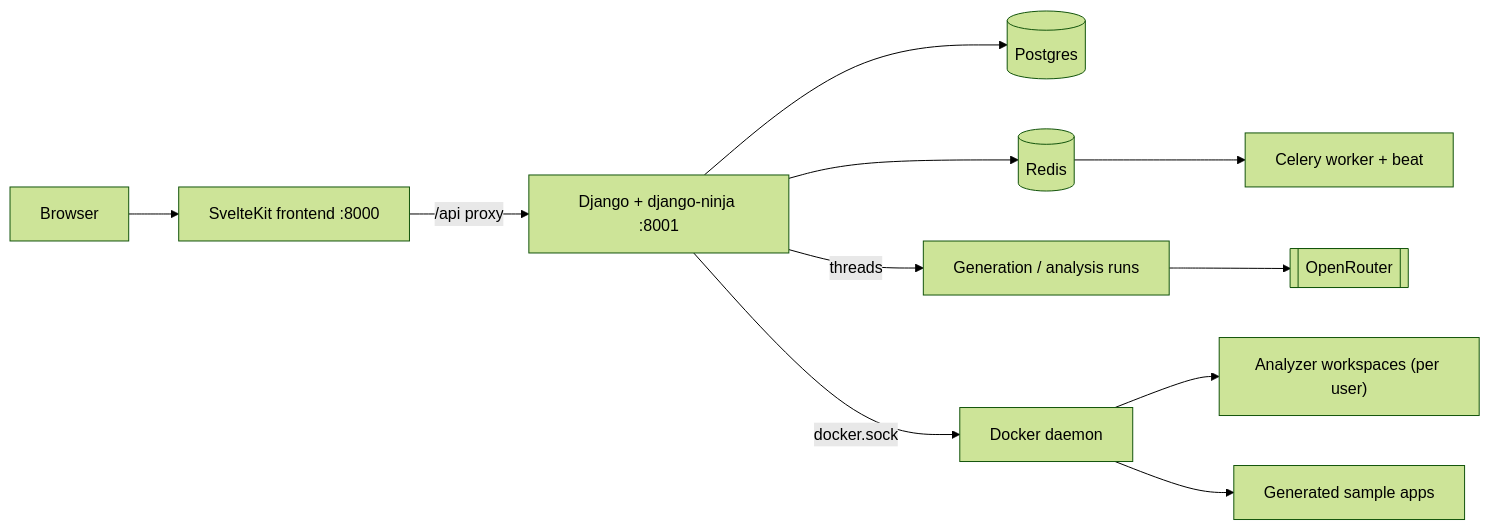
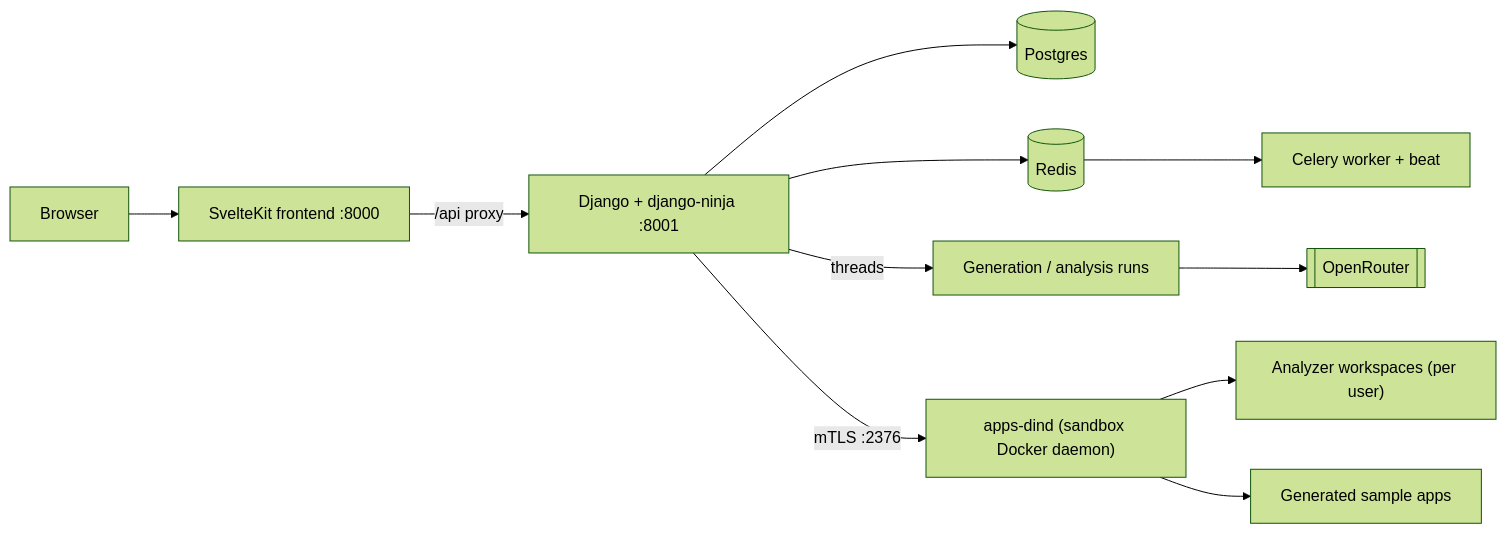
One commit to GrabowMar/AutoLLM_Code_Analyzer_rework changed the diagram in docs/ARCHITECTURE.md. Above: the diagram before and after it, drawn with Mermaid (forest theme). The commit also changed other lines of this file and 244 other files, not shown here.

````diff
--- a/docs/ARCHITECTURE.md
+++ b/docs/ARCHITECTURE.md
@@ -7,13 +7,13 @@
 ```mermaid
 flowchart LR
     B[Browser] --> FE["SvelteKit frontend :8000"]
     FE -->|"/api proxy"| DJ["Django + django-ninja :8001"]
     DJ --> PG[(Postgres)]
     DJ --> RD[(Redis)]
     DJ -->|threads| GEN["Generation / analysis runs"]
     RD --> CW["Celery worker + beat"]
-    DJ -->|docker.sock| DK["Docker daemon"]
+    DJ -->|"mTLS :2376"| DK["apps-dind (sandbox Docker daemon)"]
     DK --> AW["Analyzer workspaces (per user)"]
     DK --> SA["Generated sample apps"]
     GEN --> OR[["OpenRouter"]]
 ```
````
